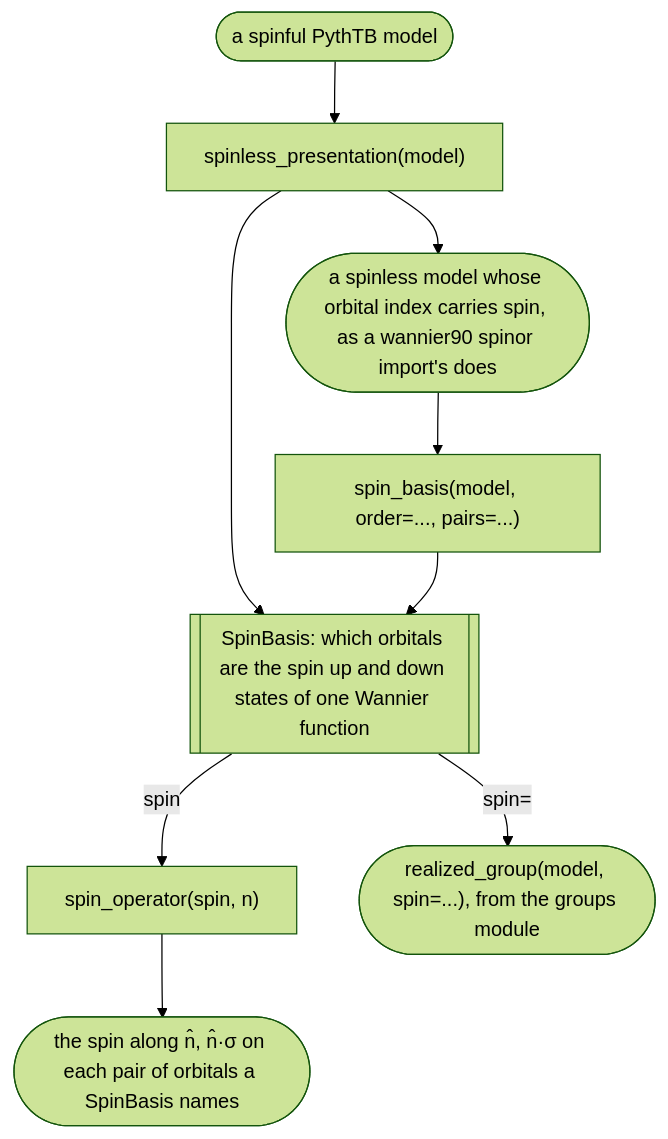
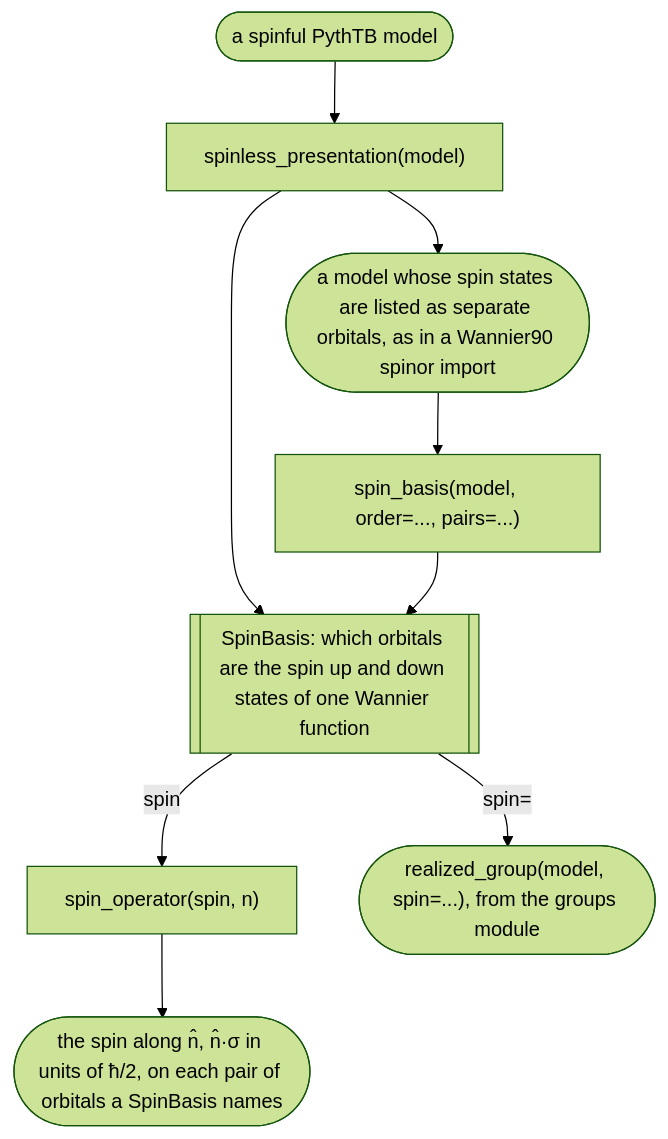
Before and after one commit to bbradlyn/pythtqc: the fourth of 8 diagrams in docs/background/modules.md, drawn with Mermaid (forest theme). The commit also changed other lines of this file and 7 other files, not shown here.

````diff
--- a/docs/background/modules.md
+++ b/docs/background/modules.md
@@ -142,18 +154,18 @@
 ```mermaid
 flowchart TD
     p_spinful(["a spinful PythTB model"])
-    p_import(["a spinless model whose orbital index carries spin, as a wannier90 spinor import's does"])
+    p_import(["a model whose spin states are listed as separate orbitals, as in a Wannier90 spinor import"])
     p_present["spinless_presentation(model)"]
     p_basis["spin_basis(model, order=..., pairs=...)"]
     p_sb[["SpinBasis: which orbitals are the spin up and down states of one Wannier function"]]
     p_op["spin_operator(spin, n)"]
-    p_op_out(["the spin along n̂, n̂·σ on each pair of orbitals a SpinBasis names"])
+    p_op_out(["the spin along n̂, n̂·σ in units of ħ/2, on each pair of orbitals a SpinBasis names"])
     p_realized(["realized_group(model, spin=...), from the groups module"])
 
     p_spinful --> p_present
     p_present --> p_import
     p_present --> p_sb
     p_import --> p_basis --> p_sb
     p_sb -- "spin" --> p_op --> p_op_out
     p_sb -- "spin=" --> p_realized
 ```
````
